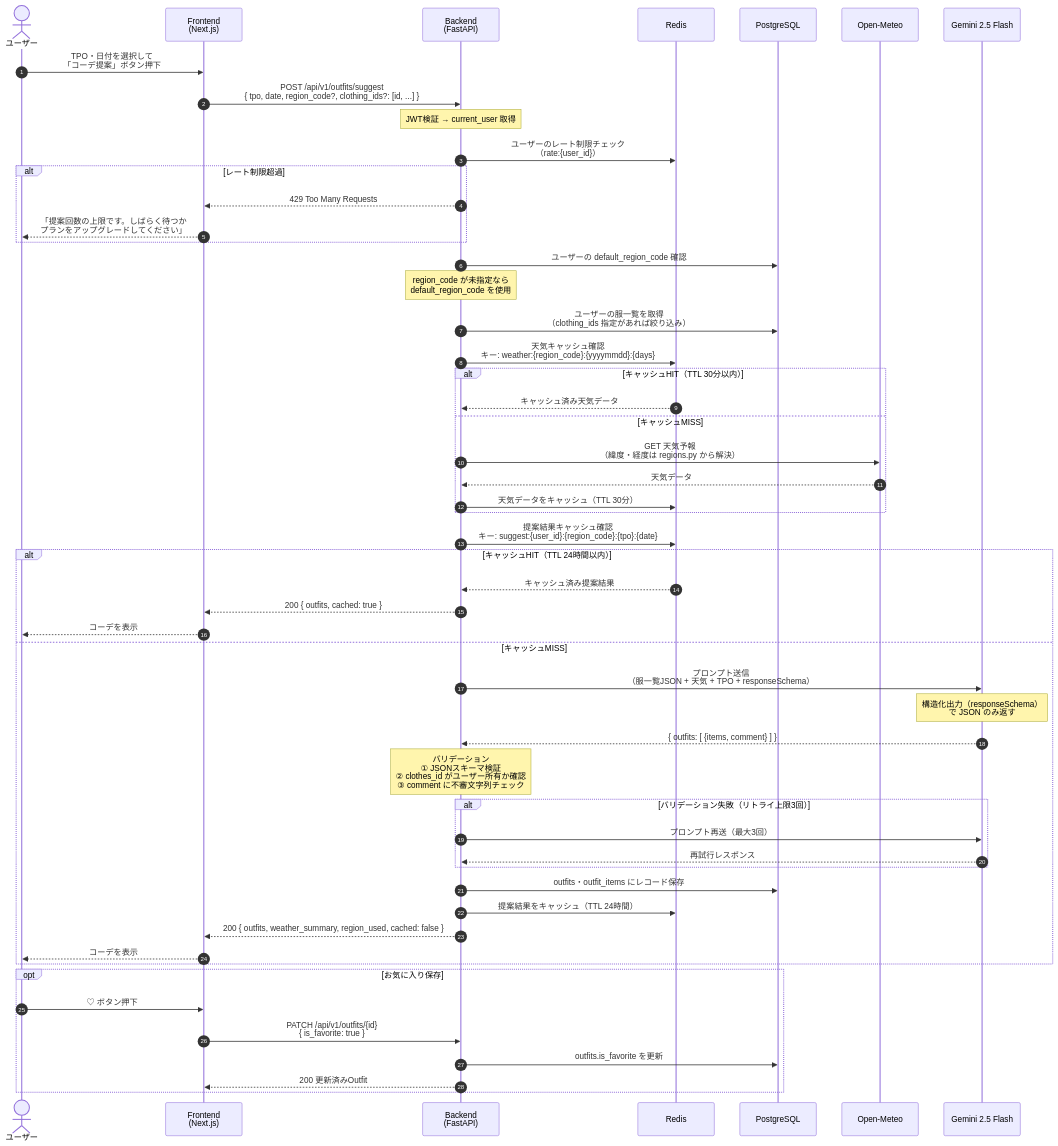
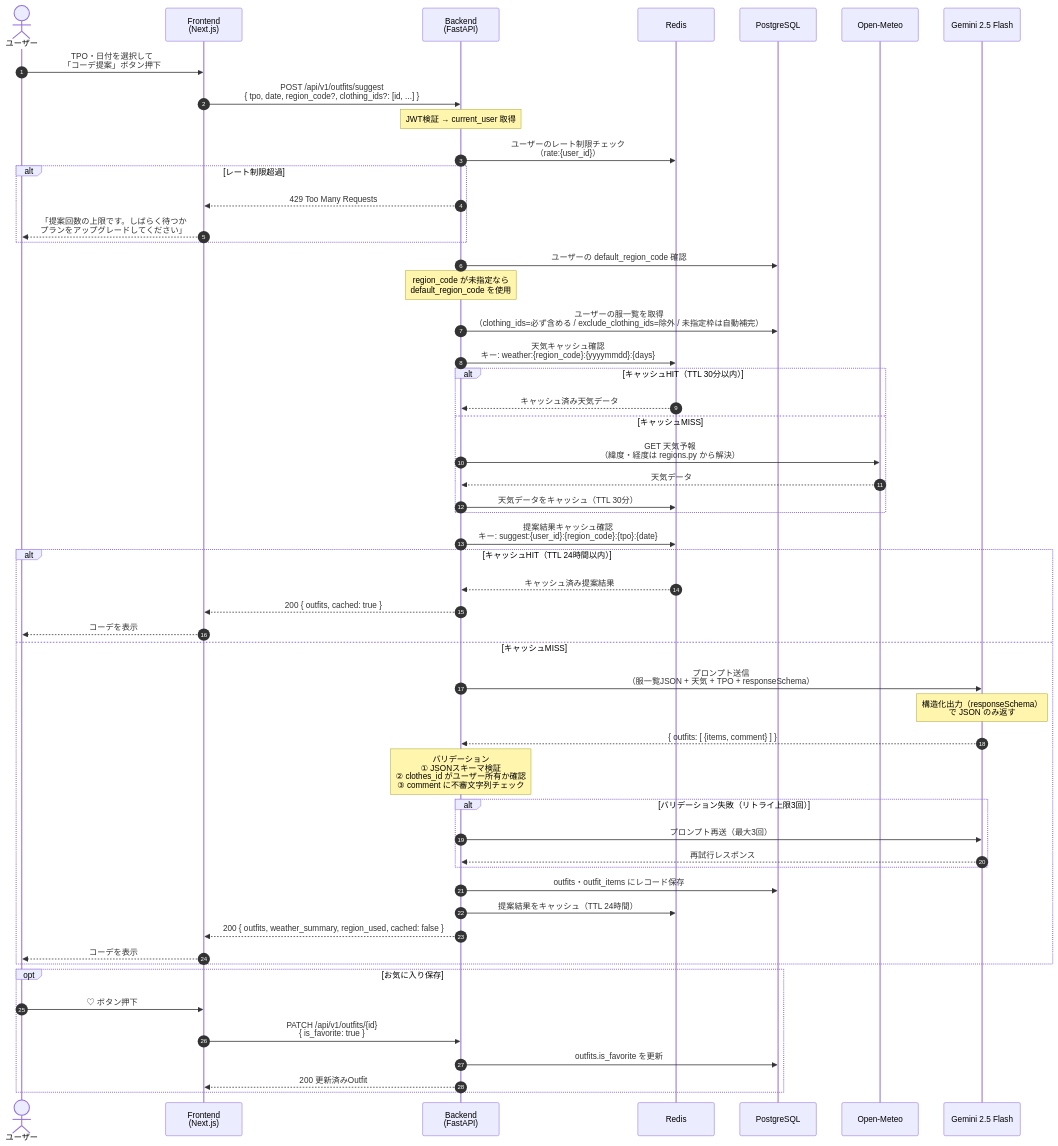
The first of 3 diagrams in docs/sequence-diagrams.md (ms-engineer-bc26-01/teamB_section_9), drawn with Mermaid before and after one commit. The commit also changed 2 other files, not shown here.

Commit message:
fix(be): weather router の外部API失敗ログを追加（logging方針に整合）
Copilot レビュー指摘対応:
- weather.py の天気取得失敗で logger.error を出力（outfits.py と粒度・文言を統一、
  region_code/days を含める）。片方だけログ欠落の不揃いを解消
- test_redis.py のキー例を中立な cache:any:key に変更（汎用関数のテストとして明確化）
- docs/sequence-diagrams.md の「clothing_ids 指定があれば絞り込み」を
  「必ず含める/除外/未指定枠は自動補完」に更新（Issue #61 の新仕様に整合）

検証: pytest 77件パス・ruff check/format クリーン

````diff
--- a/docs/sequence-diagrams.md
+++ b/docs/sequence-diagrams.md
@@ -5,66 +5,66 @@
 ```mermaid
 sequenceDiagram
     autonumber
     actor User as ユーザー
     participant FE as Frontend<br/>(Next.js)
     participant BE as Backend<br/>(FastAPI)
     participant Redis
     participant DB as PostgreSQL
     participant Weather as Open-Meteo
     participant LLM as Gemini 2.5 Flash
 
     User->>FE: TPO・日付を選択して<br/>「コーデ提案」ボタン押下
 
     FE->>BE: POST /api/v1/outfits/suggest<br/>{ tpo, date, region_code?, clothing_ids?: [id, ...] }
     Note over BE: JWT検証 → current_user 取得
 
     BE->>Redis: ユーザーのレート制限チェック<br/>（rate:{user_id}）
     alt レート制限超過
         BE-->>FE: 429 Too Many Requests
         FE-->>User: 「提案回数の上限です。しばらく待つか<br/>プランをアップグレードしてください」
     end
 
     BE->>DB: ユーザーの default_region_code 確認
     Note over BE: region_code が未指定なら<br/>default_region_code を使用
 
-    BE->>DB: ユーザーの服一覧を取得<br/>（clothing_ids 指定があれば絞り込み）
+    BE->>DB: ユーザーの服一覧を取得<br/>（clothing_ids=必ず含める / exclude_clothing_ids=除外 / 未指定枠は自動補完）
 
     BE->>Redis: 天気キャッシュ確認<br/>キー: weather:{region_code}:{yyyymmdd}:{days}
     alt キャッシュHIT（TTL 30分以内）
         Redis-->>BE: キャッシュ済み天気データ
     else キャッシュMISS
         BE->>Weather: GET 天気予報<br/>（緯度・経度は regions.py から解決）
         Weather-->>BE: 天気データ
         BE->>Redis: 天気データをキャッシュ（TTL 30分）
     end
 
     BE->>Redis: 提案結果キャッシュ確認<br/>キー: suggest:{user_id}:{region_code}:{tpo}:{date}
     alt キャッシュHIT（TTL 24時間以内）
         Redis-->>BE: キャッシュ済み提案結果
         BE-->>FE: 200 { outfits, cached: true }
         FE-->>User: コーデを表示
     else キャッシュMISS
         BE->>LLM: プロンプト送信<br/>（服一覧JSON + 天気 + TPO + responseSchema）
         Note over LLM: 構造化出力（responseSchema）<br/>で JSON のみ返す
         LLM-->>BE: { outfits: [ {items, comment} ] }
 
         Note over BE: バリデーション<br/>① JSONスキーマ検証<br/>② clothes_id がユーザー所有か確認<br/>③ comment に不審文字列チェック
 
         alt バリデーション失敗（リトライ上限3回）
             BE->>LLM: プロンプト再送（最大3回）
             LLM-->>BE: 再試行レスポンス
         end
 
         BE->>DB: outfits・outfit_items にレコード保存
         BE->>Redis: 提案結果をキャッシュ（TTL 24時間）
         BE-->>FE: 200 { outfits, weather_summary, region_used, cached: false }
         FE-->>User: コーデを表示
     end
 
     opt お気に入り保存
         User->>FE: ♡ ボタン押下
         FE->>BE: PATCH /api/v1/outfits/{id}<br/>{ is_favorite: true }
         BE->>DB: outfits.is_favorite を更新
         BE-->>FE: 200 更新済みOutfit
     end
 ```
````
